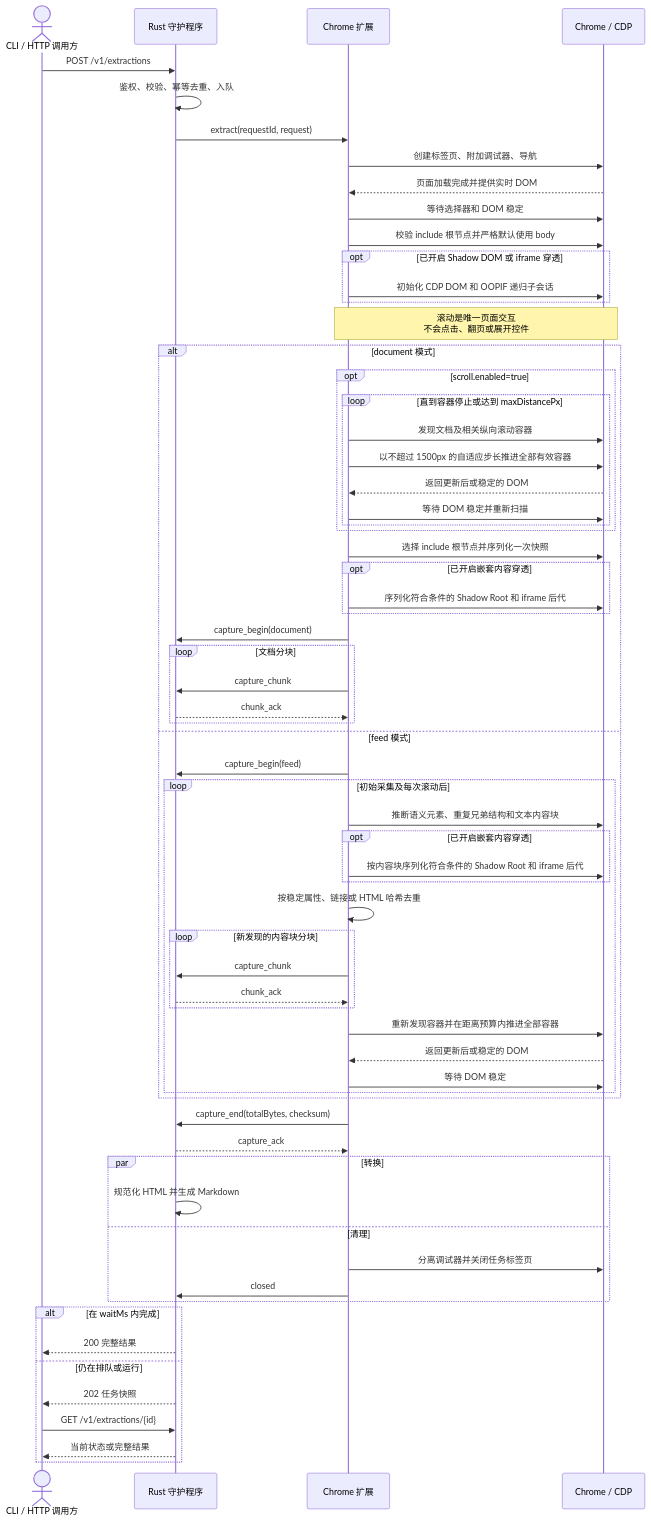
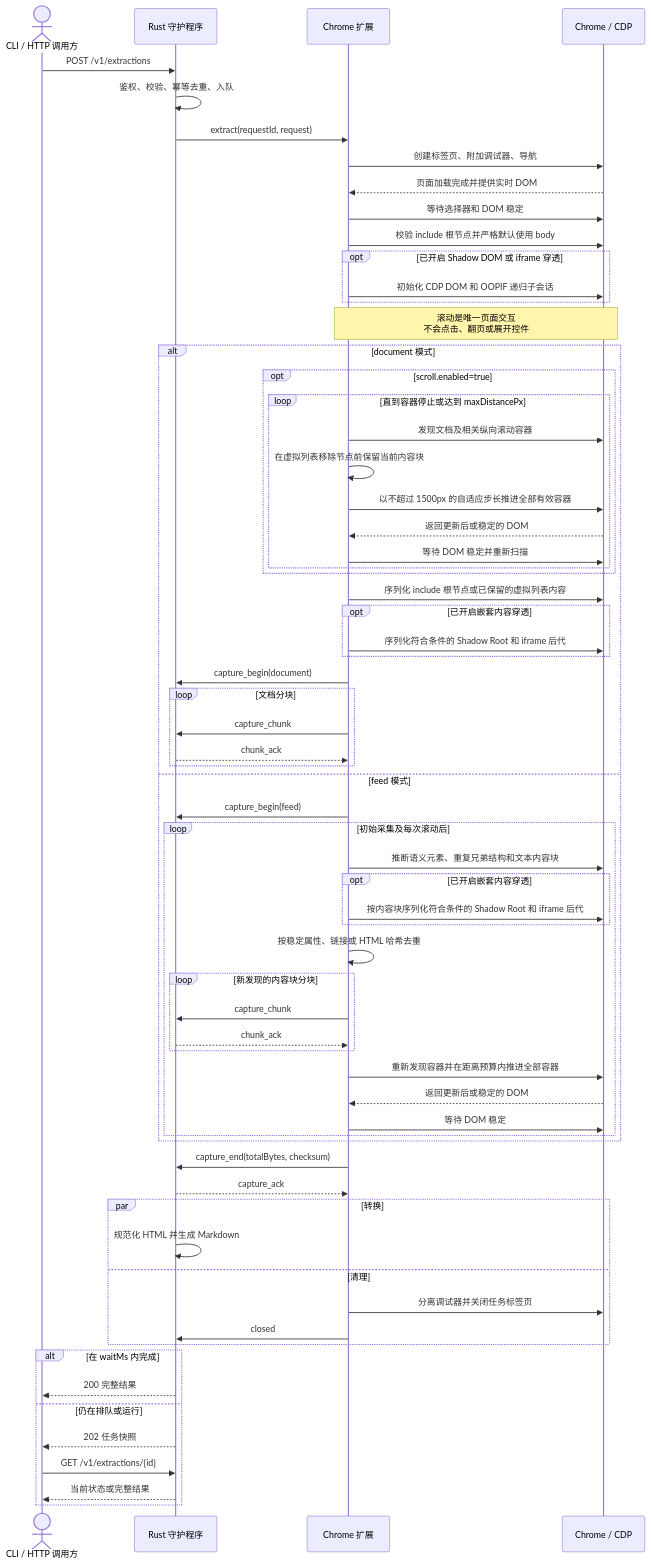
One commit to Joey-Kot/Browser-Extractor changed the second of 5 diagrams in README_ZH.md. Above: the diagram before and after it, drawn with Mermaid. The commit also changed other lines of this file and 22 other files, not shown here.

````diff
--- a/README_ZH.md
+++ b/README_ZH.md
@@ -76,69 +76,70 @@
 ```mermaid
 sequenceDiagram
     actor Client as CLI / HTTP 调用方
     participant Daemon as Rust 守护程序
     participant Extension as Chrome 扩展
     participant Chrome as Chrome / CDP
 
     Client->>Daemon: POST /v1/extractions
     Daemon->>Daemon: 鉴权、校验、幂等去重、入队
     Daemon->>Extension: extract(requestId, request)
     Extension->>Chrome: 创建标签页、附加调试器、导航
     Chrome-->>Extension: 页面加载完成并提供实时 DOM
     Extension->>Chrome: 等待选择器和 DOM 稳定
     Extension->>Chrome: 校验 include 根节点并严格默认使用 body
     opt 已开启 Shadow DOM 或 iframe 穿透
         Extension->>Chrome: 初始化 CDP DOM 和 OOPIF 递归子会话
     end
     Note over Extension,Chrome: 滚动是唯一页面交互<br/>不会点击、翻页或展开控件
     alt document 模式
         opt scroll.enabled=true
             loop 直到容器停止或达到 maxDistancePx
                 Extension->>Chrome: 发现文档及相关纵向滚动容器
+                Extension->>Extension: 在虚拟列表移除节点前保留当前内容块
                 Extension->>Chrome: 以不超过 1500px 的自适应步长推进全部有效容器
                 Chrome-->>Extension: 返回更新后或稳定的 DOM
                 Extension->>Chrome: 等待 DOM 稳定并重新扫描
             end
         end
-        Extension->>Chrome: 选择 include 根节点并序列化一次快照
+        Extension->>Chrome: 序列化 include 根节点或已保留的虚拟列表内容
         opt 已开启嵌套内容穿透
             Extension->>Chrome: 序列化符合条件的 Shadow Root 和 iframe 后代
         end
         Extension->>Daemon: capture_begin(document)
         loop 文档分块
             Extension->>Daemon: capture_chunk
             Daemon-->>Extension: chunk_ack
         end
     else feed 模式
         Extension->>Daemon: capture_begin(feed)
         loop 初始采集及每次滚动后
             Extension->>Chrome: 推断语义元素、重复兄弟结构和文本内容块
             opt 已开启嵌套内容穿透
                 Extension->>Chrome: 按内容块序列化符合条件的 Shadow Root 和 iframe 后代
             end
             Extension->>Extension: 按稳定属性、链接或 HTML 哈希去重
             loop 新发现的内容块分块
                 Extension->>Daemon: capture_chunk
                 Daemon-->>Extension: chunk_ack
             end
             Extension->>Chrome: 重新发现容器并在距离预算内推进全部容器
             Chrome-->>Extension: 返回更新后或稳定的 DOM
             Extension->>Chrome: 等待 DOM 稳定
         end
     end
     Extension->>Daemon: capture_end(totalBytes, checksum)
     Daemon-->>Extension: capture_ack
     par 转换
         Daemon->>Daemon: 规范化 HTML 并生成 Markdown
     and 清理
         Extension->>Chrome: 分离调试器并关闭任务标签页
         Extension->>Daemon: closed
     end
     alt 在 waitMs 内完成
         Daemon-->>Client: 200 完整结果
     else 仍在排队或运行
         Daemon-->>Client: 202 任务快照
         Client->>Daemon: GET /v1/extractions/{id}
         Daemon-->>Client: 当前状态或完整结果
     end
 ```
````
